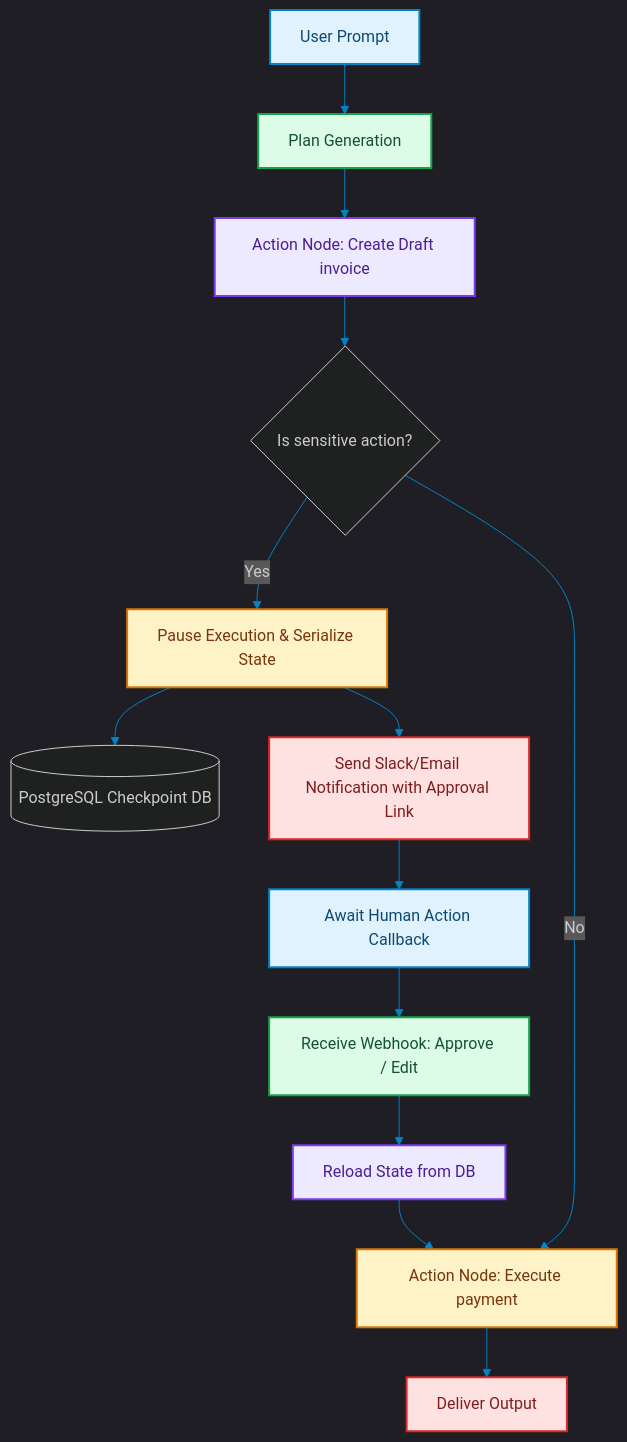
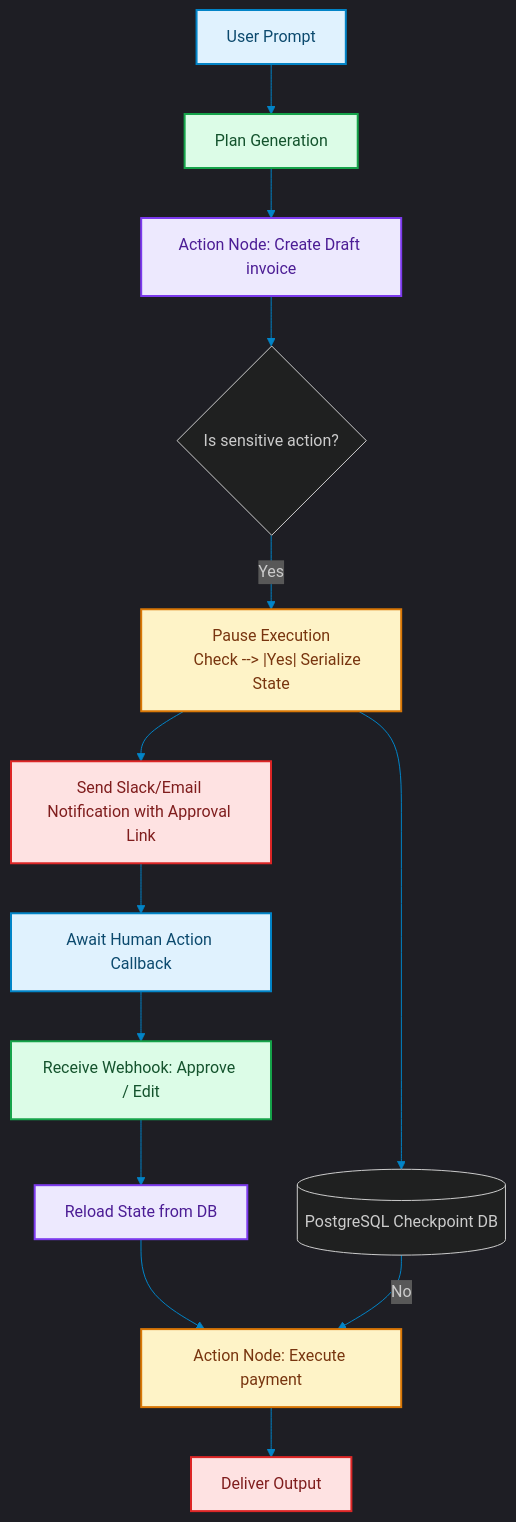
Before and after one commit to akmalkhaniub/akmalkhaniub.github.io: the diagram in blog/posts/agentic-human-in-the-loop-state-machines.md, drawn with Mermaid. The commit also changed other lines of this file and 894 other files, not shown here.

Commit message:
feat(blog): upgrade all 444 posts with unique staggered dates, 2-col Mermaid spines, benchmark tables, code blocks, and trade-offs

````diff
--- a/blog/posts/agentic-human-in-the-loop-state-machines.md
+++ b/blog/posts/agentic-human-in-the-loop-state-machines.md
@@ -15,30 +15,31 @@
 ```mermaid
 %%{init: {'theme': 'dark', 'themeVariables': { 'primaryColor': '#0284c7', 'primaryTextColor': '#f3f4f6', 'primaryBorderColor': '#38bdf8', 'lineColor': '#0284c7', 'secondaryColor': '#111827', 'tertiaryColor': '#0b0f19'}}}%%
 flowchart TD
     Start["User Prompt"] --> Step1["Plan Generation"]
     Step1 --> Node1["Action Node: Create Draft invoice"]
     Node1 --> Check{Is sensitive action?}
     
-    Check -->|Yes| Pause["Pause Execution & Serialize State"]
+    Check --> |Yes| Pause["Pause Execution
+    Check --> |Yes| Serialize State"]
     Pause --> DB[(PostgreSQL Checkpoint DB)]
     Pause --> Notify["Send Slack/Email Notification with Approval Link"]
     
     Notify --> Await["Await Human Action Callback"]
     Await --> Webhook["Receive Webhook: Approve / Edit"]
     
     Webhook --> Deserialize["Reload State from DB"]
     Deserialize --> Node2["Action Node: Execute payment"]
-    Check -->|No| Node2
+    DB --> |No| Node2
     Node2 --> End["Deliver Output"]
 
 classDef green fill:#dcfce7,stroke:#16a34a,stroke-width:2px,color:#14532d;
 classDef red fill:#fee2e2,stroke:#dc2626,stroke-width:2px,color:#7f1d1d;
 classDef blue fill:#e0f2fe,stroke:#0284c7,stroke-width:2px,color:#0c4a6e;
 classDef yellow fill:#fef3c7,stroke:#d97706,stroke-width:2px,color:#78350f;
 classDef purple fill:#ede9fe,stroke:#7c3aed,stroke-width:2px,color:#4c1d95;
 class Start,Await blue
 class Step1,Webhook green
 class Node1,Deserialize purple
 class Pause,Node2 yellow
 class Notify,End red
 ```
````
